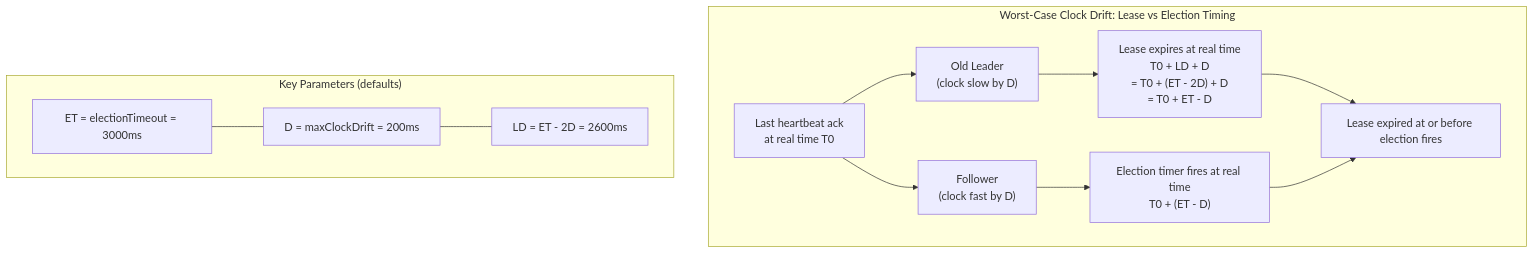
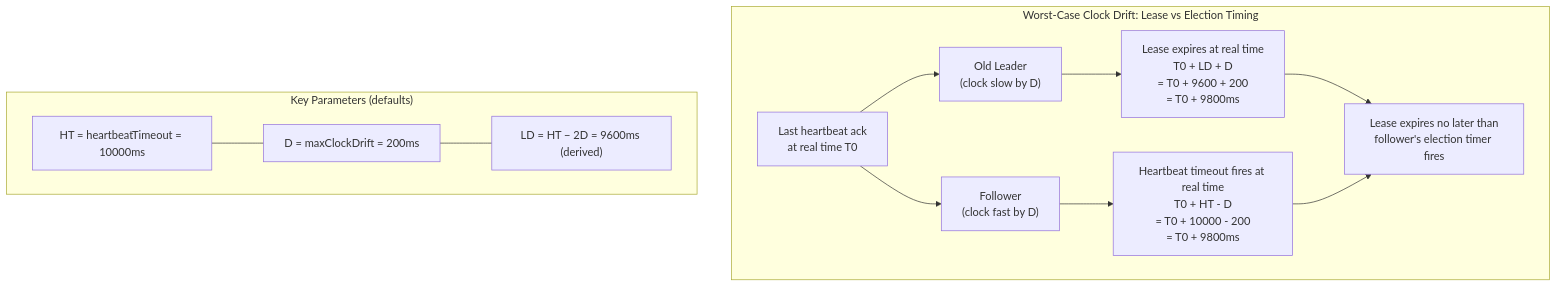
Before and after one commit to apurtell/hbase: the fifth of 17 diagrams in RAFT_REGION_REPLICAS.md, drawn with Mermaid. The commit also changed other lines of this file and 7 other files, not shown here.

````diff
--- a/RAFT_REGION_REPLICAS.md
+++ b/RAFT_REGION_REPLICAS.md
@@ -283,19 +524,19 @@
 ```mermaid
 flowchart TD
     subgraph drift ["Worst-Case Clock Drift: Lease vs Election Timing"]
         HB["Last heartbeat ack<br/>at real time T0"]
         HB --> LP["Old Leader<br/>(clock slow by D)"]
         HB --> FP["Follower<br/>(clock fast by D)"]
-        LP --> LE["Lease expires at real time<br/>T0 + LD + D<br/>= T0 + (ET - 2D) + D<br/>= T0 + ET - D"]
-        FP --> FE["Election timer fires at real time<br/>T0 + (ET - D)"]
-        LE --> Safe["Lease expired at or before election fires"]
+        LP --> LE["Lease expires at real time<br/>T0 + LD + D<br/>= T0 + 9600 + 200<br/>= T0 + 9800ms"]
+        FP --> FE["Heartbeat timeout fires at real time<br/>T0 + HT - D<br/>= T0 + 10000 - 200<br/>= T0 + 9800ms"]
+        LE --> Safe["Lease expires no later than<br/>follower's election timer fires"]
         FE --> Safe
     end
 
     subgraph formula ["Key Parameters (defaults)"]
-        P1["ET = electionTimeout = 3000ms"]
+        P1["HT = heartbeatTimeout = 10000ms"]
         P2["D = maxClockDrift = 200ms"]
-        P3["LD = ET - 2D = 2600ms"]
+        P3["LD = HT − 2D = 9600ms (derived)"]
         P1 --- P2 --- P3
     end
 ```
````
